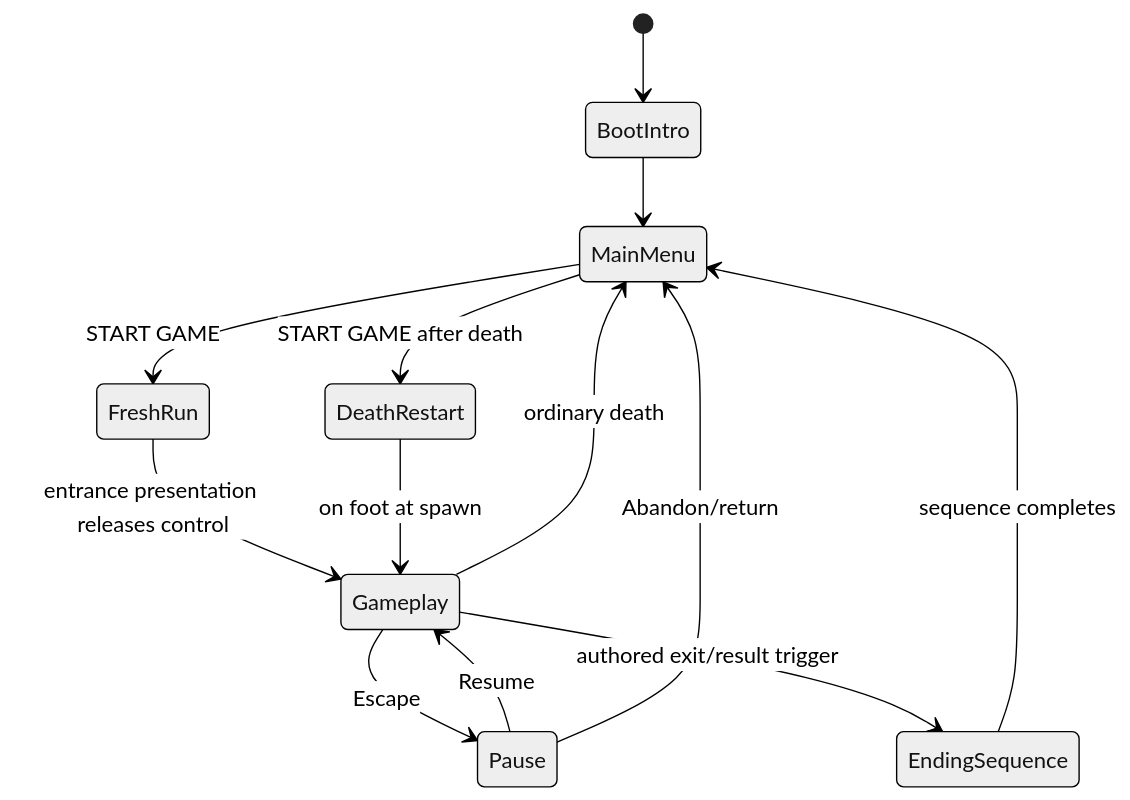
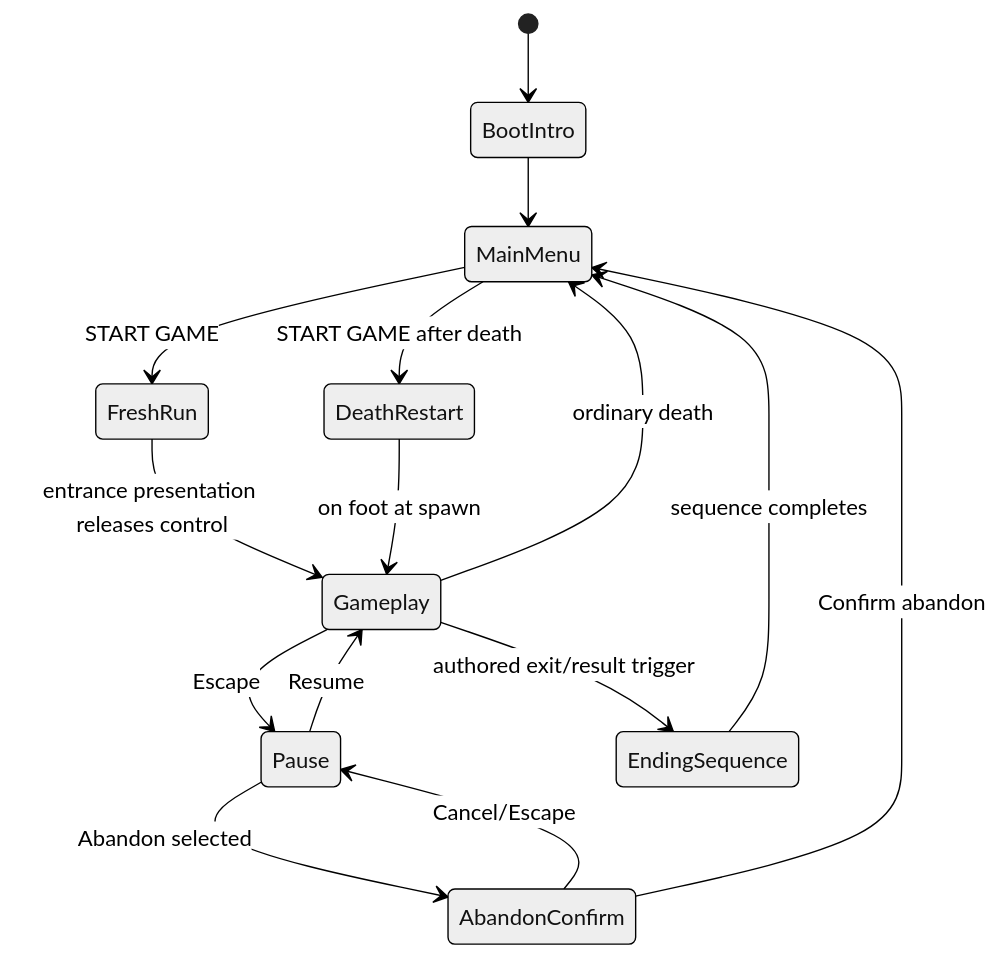
One commit to barakbenhur1/Boredom-and-Dungeons changed the second of 3 diagrams in ARCHITECTURE.md. Above: the diagram before and after it, drawn with Mermaid (neutral theme). The commit also changed other lines of this file and 214 other files, not shown here.

````diff
--- a/ARCHITECTURE.md
+++ b/ARCHITECTURE.md
@@ -78,15 +141,17 @@
 ```mermaid
 stateDiagram-v2
     [*] --> BootIntro
     BootIntro --> MainMenu
     MainMenu --> FreshRun: START GAME
     FreshRun --> Gameplay: entrance presentation releases control
     Gameplay --> Pause: Escape
     Pause --> Gameplay: Resume
-    Pause --> MainMenu: Abandon/return
+    Pause --> AbandonConfirm: Abandon selected
+    AbandonConfirm --> Pause: Cancel/Escape
+    AbandonConfirm --> MainMenu: Confirm abandon
     Gameplay --> MainMenu: ordinary death
     MainMenu --> DeathRestart: START GAME after death
     DeathRestart --> Gameplay: on foot at spawn
     Gameplay --> EndingSequence: authored exit/result trigger
     EndingSequence --> MainMenu: sequence completes
 ```
````
